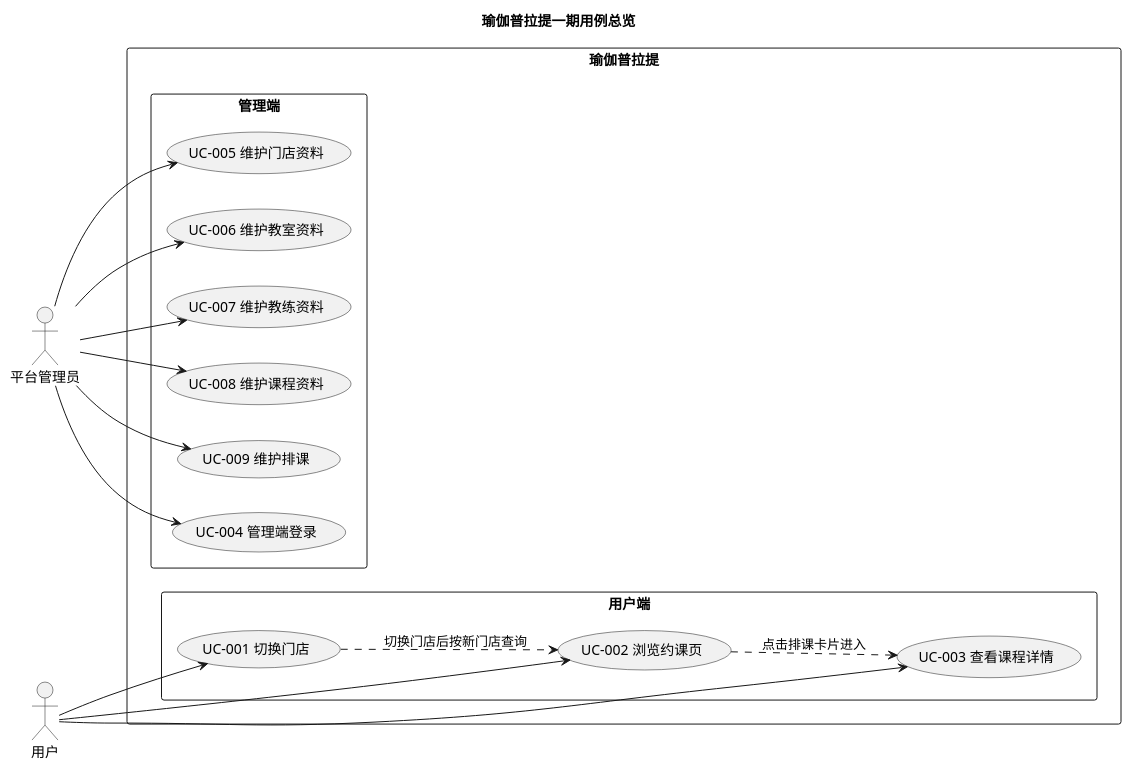
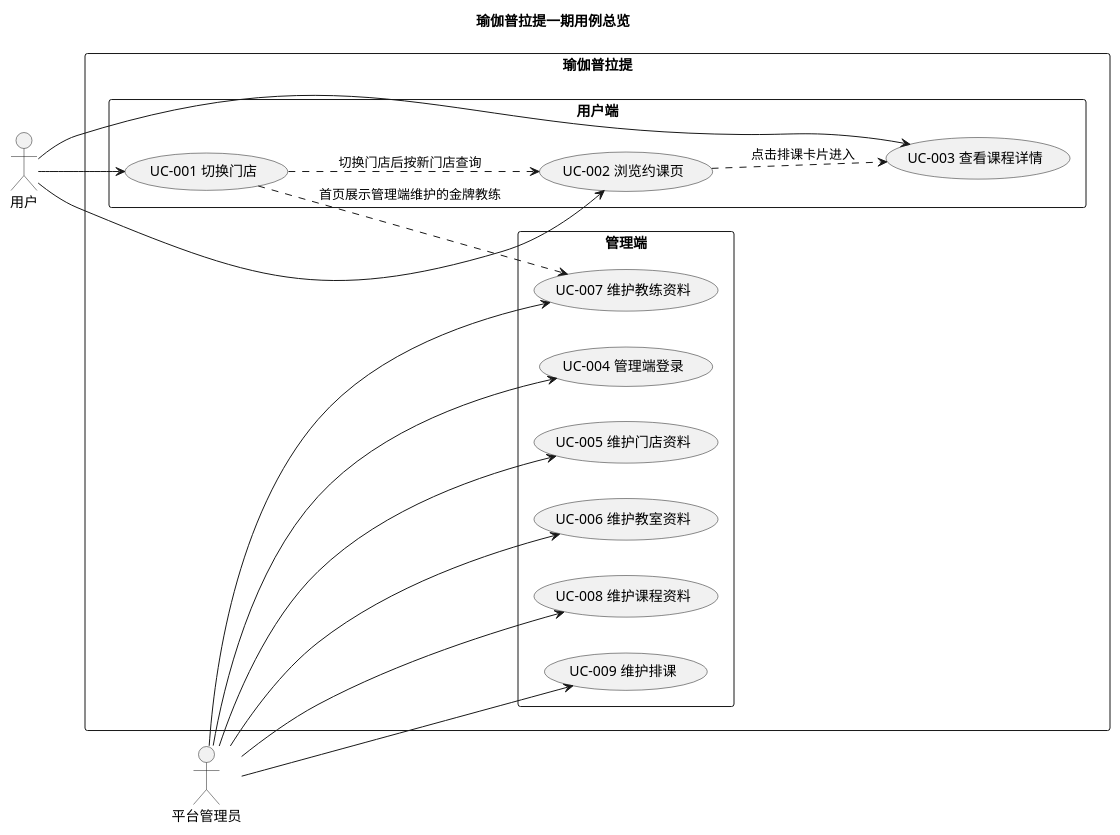
One commit to duo2530/techplant-yoga changed the diagram in docs/需求分析/用例总览.md. Above: the diagram before and after it, drawn with PlantUML. The commit also changed other lines of this file and 23 other files, not shown here.

````diff
--- a/docs/需求分析/用例总览.md
+++ b/docs/需求分析/用例总览.md
@@ -5,46 +5,47 @@
 ```plantuml
 @startuml
 left to right direction
 skinparam packageStyle rectangle
 title 瑜伽普拉提一期用例总览
 
 actor "用户" as User
 actor "平台管理员" as Admin
 
 rectangle "瑜伽普拉提" {
 
   package "用户端" {
     usecase "UC-001 切换门店" as UC001
     usecase "UC-002 浏览约课页" as UC002
     usecase "UC-003 查看课程详情" as UC003
   }
 
   package "管理端" {
     usecase "UC-004 管理端登录" as UC004
     usecase "UC-005 维护门店资料" as UC005
     usecase "UC-006 维护教室资料" as UC006
     usecase "UC-007 维护教练资料" as UC007
     usecase "UC-008 维护课程资料" as UC008
     usecase "UC-009 维护排课" as UC009
   }
 }
 
 ' ---------- 用户----------
 User --> UC001
 User --> UC002
 User --> UC003
 
 ' ---------- 平台管理员 ----------
 Admin --> UC004
 Admin --> UC005
 Admin --> UC006
 Admin --> UC007
 Admin --> UC008
 Admin --> UC009
 
 ' ---------- 用例之间的关系 ----------
 UC001 ..> UC002 : 切换门店后按新门店查询
 UC002 ..> UC003 : 点击排课卡片进入
+UC001 ..> UC007 : 首页展示管理端维护的金牌教练
 
 @enduml
 ```
````
